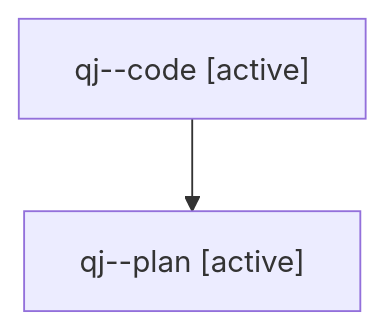
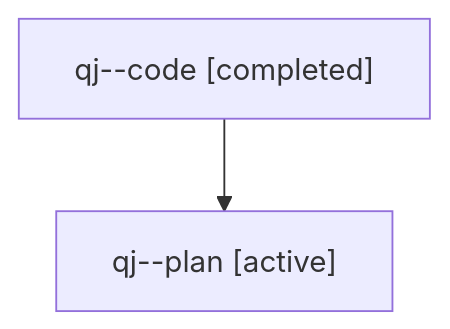
The diagram in families/bbugyi200.athena.qj.md (sase-org/sase--agents), drawn with Mermaid before and after one commit. The commit also changed other lines of this file and 5813 other files, not shown here.

````diff
--- a/families/bbugyi200.athena.qj.md
+++ b/families/bbugyi200.athena.qj.md
@@ -9,6 +9,6 @@
 ```mermaid
 flowchart TD
-  n0["qj--code [active]"]
+  n0["qj--code [completed]"]
   n1["qj--plan [active]"]
   n0 --> n1
 ```
````
